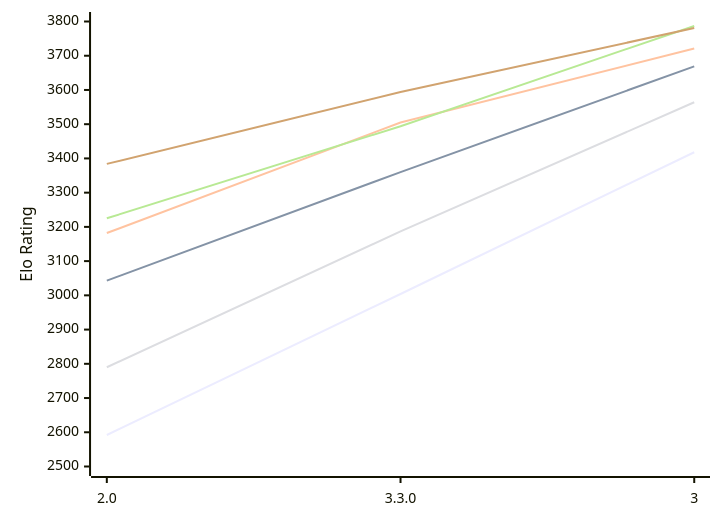
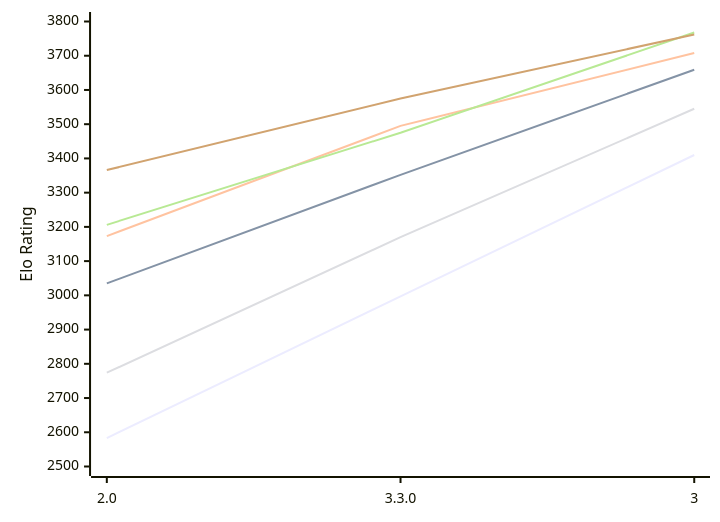
The diagram in engines/Ravager.md (computer-chess-index/cci), drawn with Mermaid before and after one commit. The commit also changed other lines of this file, not shown here.

Commit message:
Update CCI Ratings (ELO VLTC) - 2026-11-02

````diff
--- a/engines/Ravager.md
+++ b/engines/Ravager.md
@@ -51,12 +51,12 @@
 ```mermaid
 %%{init: {"theme":"base","themeVariables":{"seriesColors:['#a3a3a3','#222221','#faa371']}}}%%
 xychart-beta
   x-axis ["2.0", "3.3.0", "3"]
   y-axis "Elo Rating" 2500 --> 3800
-  line "E1: STC (8.0+0.08s)" [2592, 3004, 3418]
-  line "E1: LTC (60.0+0.60s)" [3043, 3360, 3669]
-  line "E1: VLTC (2m24s+1.12s)" [3182, 3505, 3721]
-  line "P1: STC (8.0+0.08s)" [2790, 3187, 3564]
-  line "P1: LTC (60.0+0.60s)" [3225, 3494, 3787]
-  line "P1: VLTC (2m24s+1.12s)" [3384, 3594, 3781]
+  line "E1: STC (8.0+0.08s)" [2583, 2997, 3410]
+  line "E1: LTC (60.0+0.60s)" [3035, 3352, 3659]
+  line "E1: VLTC (2m24s+1.12s)" [3173, 3495, 3708]
+  line "P1: STC (8.0+0.08s)" [2774, 3170, 3545]
+  line "P1: LTC (60.0+0.60s)" [3206, 3475, 3768]
+  line "P1: VLTC (2m24s+1.12s)" [3366, 3575, 3762]
 ```
````
